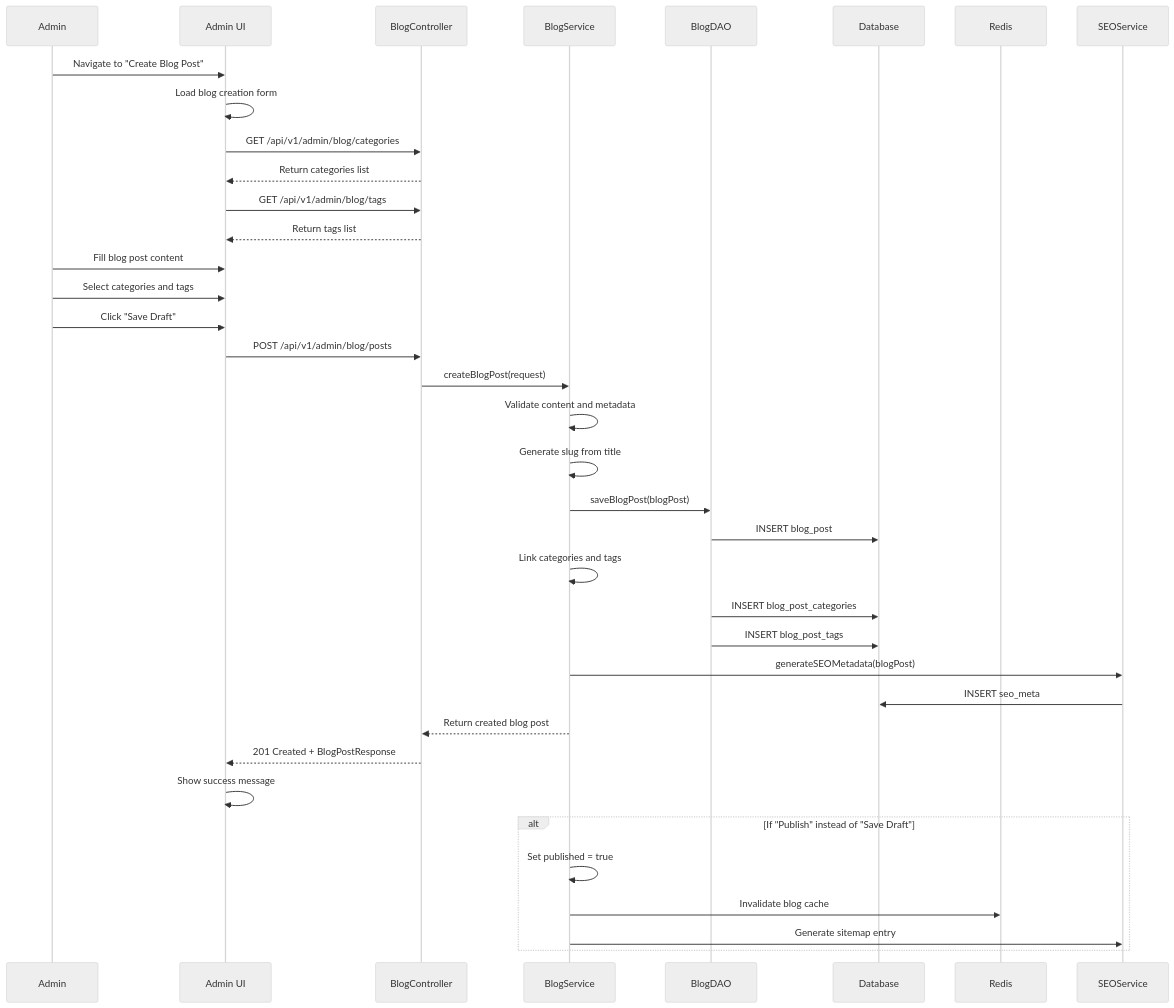
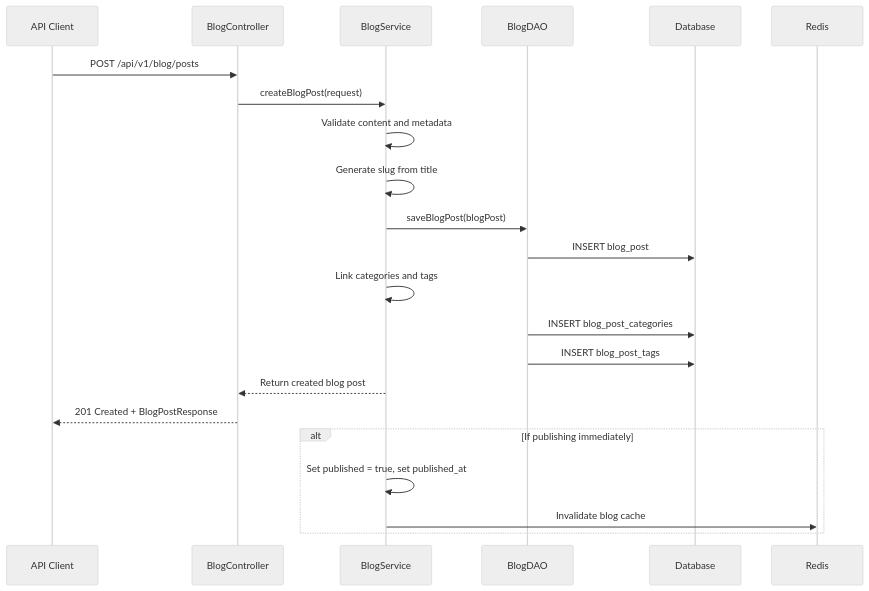
One commit to caseythecoder90/personal-website-backend changed the eighth of 9 diagrams in docs/api/API_FLOWS.md. Above: the diagram before and after it, drawn with Mermaid (neutral theme). The commit also changed other lines of this file and 22 other files, not shown here.

````diff
--- a/docs/api/API_FLOWS.md
+++ b/docs/api/API_FLOWS.md
@@ -456,46 +329,28 @@
 ```mermaid
 sequenceDiagram
-    participant A as Admin
-    participant UI as Admin UI
-    participant C as BlogController
+    participant C as API Client
+    participant Ctrl as BlogController
     participant S as BlogService
     participant D as BlogDAO
     participant DB as Database
     participant Cache as Redis
-    participant SEO as SEOService
 
-    A->>UI: Navigate to "Create Blog Post"
-    UI->>UI: Load blog creation form
-    UI->>C: GET /api/v1/admin/blog/categories
-    C-->>UI: Return categories list
-    UI->>C: GET /api/v1/admin/blog/tags
-    C-->>UI: Return tags list
-    
-    A->>UI: Fill blog post content
-    A->>UI: Select categories and tags
-    A->>UI: Click "Save Draft"
-    
-    UI->>C: POST /api/v1/admin/blog/posts
-    C->>S: createBlogPost(request)
+    C->>Ctrl: POST /api/v1/blog/posts
+    Ctrl->>S: createBlogPost(request)
     S->>S: Validate content and metadata
     S->>S: Generate slug from title
     S->>D: saveBlogPost(blogPost)
     D->>DB: INSERT blog_post
-    
+
     S->>S: Link categories and tags
     D->>DB: INSERT blog_post_categories
     D->>DB: INSERT blog_post_tags
-    
-    S->>SEO: generateSEOMetadata(blogPost)
-    SEO->>DB: INSERT seo_meta
-    
-    S-->>C: Return created blog post
-    C-->>UI: 201 Created + BlogPostResponse
-    UI->>UI: Show success message
-    
-    alt If "Publish" instead of "Save Draft"
-        S->>S: Set published = true
+
+    S-->>Ctrl: Return created blog post
+    Ctrl-->>C: 201 Created + BlogPostResponse
+
+    alt If publishing immediately
+        S->>S: Set published = true, set published_at
         S->>Cache: Invalidate blog cache
-        S->>SEO: Generate sitemap entry
     end
 ```
````
